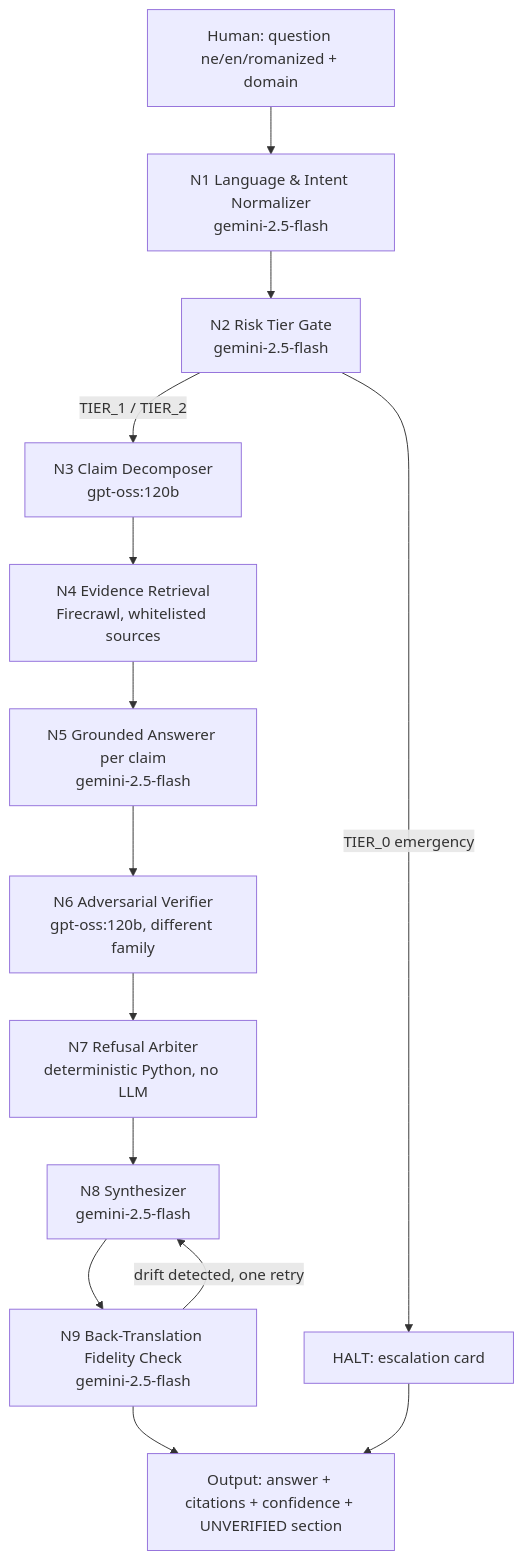
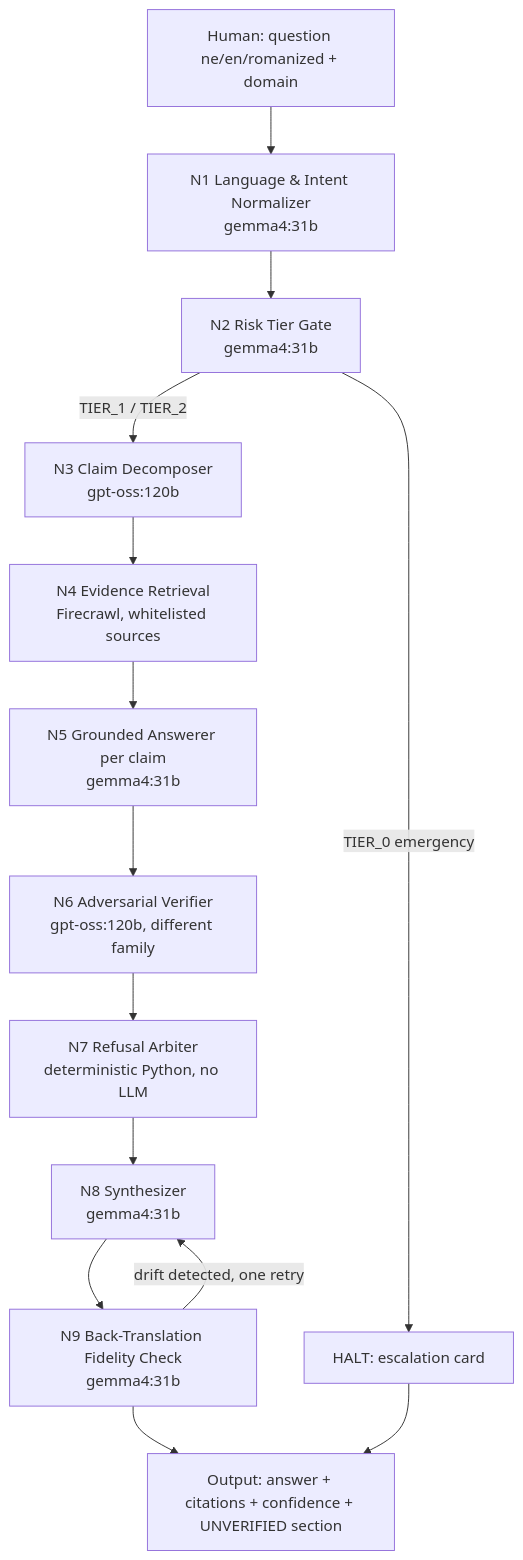
One commit to techaaditya/Veritas changed the diagram in README.md. Above: the diagram before and after it, drawn with Mermaid. The commit also changed other lines of this file and 19 other files, not shown here.

First line of the commit message:
feat: route all LLM nodes through Ollama Cloud (gemma4:31b + gpt-oss:120b), retiring direct Gemini calls

````diff
--- a/README.md
+++ b/README.md
@@ -22,17 +22,17 @@
 ```mermaid
 flowchart TD
     H[Human: question ne/en/romanized + domain] --> N1
-    N1[N1 Language & Intent Normalizer<br/>gemini-2.5-flash] --> N2
-    N2[N2 Risk Tier Gate<br/>gemini-2.5-flash] -->|TIER_1 / TIER_2| N3
+    N1[N1 Language & Intent Normalizer<br/>gemma4:31b] --> N2
+    N2[N2 Risk Tier Gate<br/>gemma4:31b] -->|TIER_1 / TIER_2| N3
     N2 -->|TIER_0 emergency| HALT[HALT: escalation card]
     N3[N3 Claim Decomposer<br/>gpt-oss:120b] --> N4
     N4[N4 Evidence Retrieval<br/>Firecrawl, whitelisted sources] --> N5
-    N5[N5 Grounded Answerer per claim<br/>gemini-2.5-flash] --> N6
+    N5[N5 Grounded Answerer per claim<br/>gemma4:31b] --> N6
     N6[N6 Adversarial Verifier<br/>gpt-oss:120b, different family] --> N7
     N7[N7 Refusal Arbiter<br/>deterministic Python, no LLM] --> N8
-    N8[N8 Synthesizer<br/>gemini-2.5-flash] --> N9
-    N9[N9 Back-Translation Fidelity Check<br/>gemini-2.5-flash]
+    N8[N8 Synthesizer<br/>gemma4:31b] --> N9
+    N9[N9 Back-Translation Fidelity Check<br/>gemma4:31b]
     N9 -->|drift detected, one retry| N8
     N9 --> OUT[Output: answer + citations + confidence + UNVERIFIED section]
     HALT --> OUT
 ```
````
